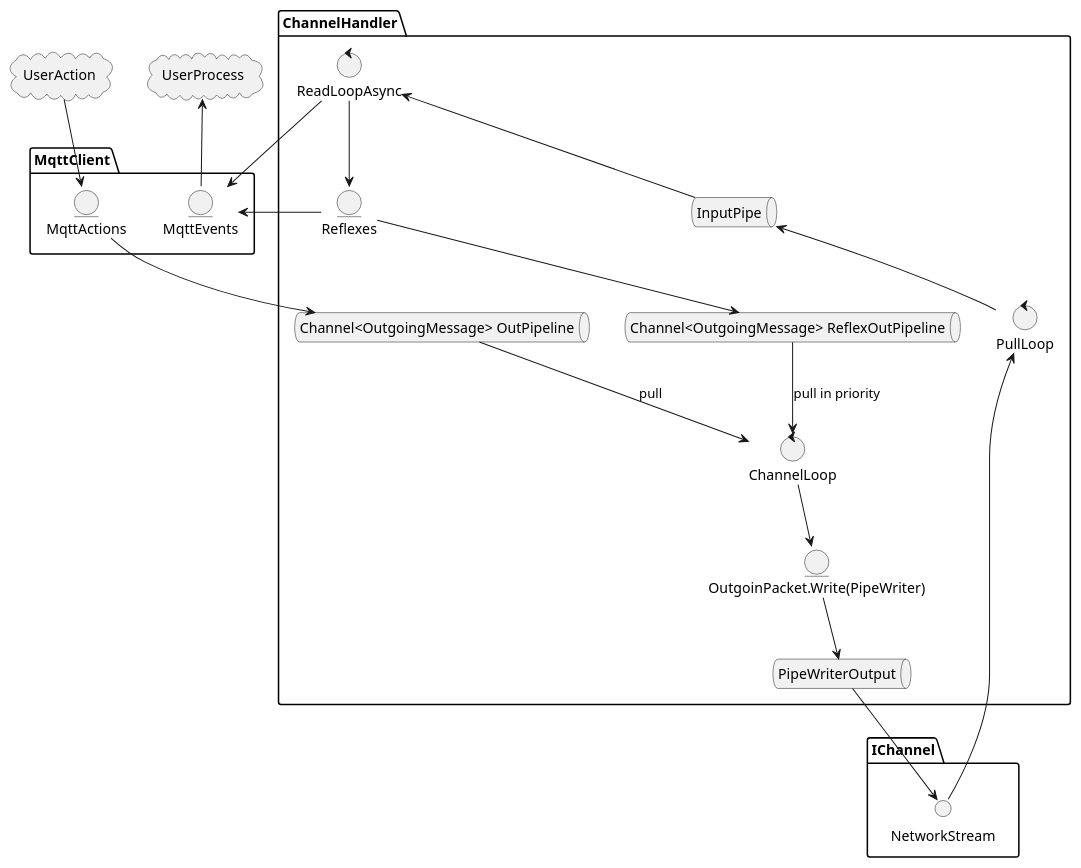
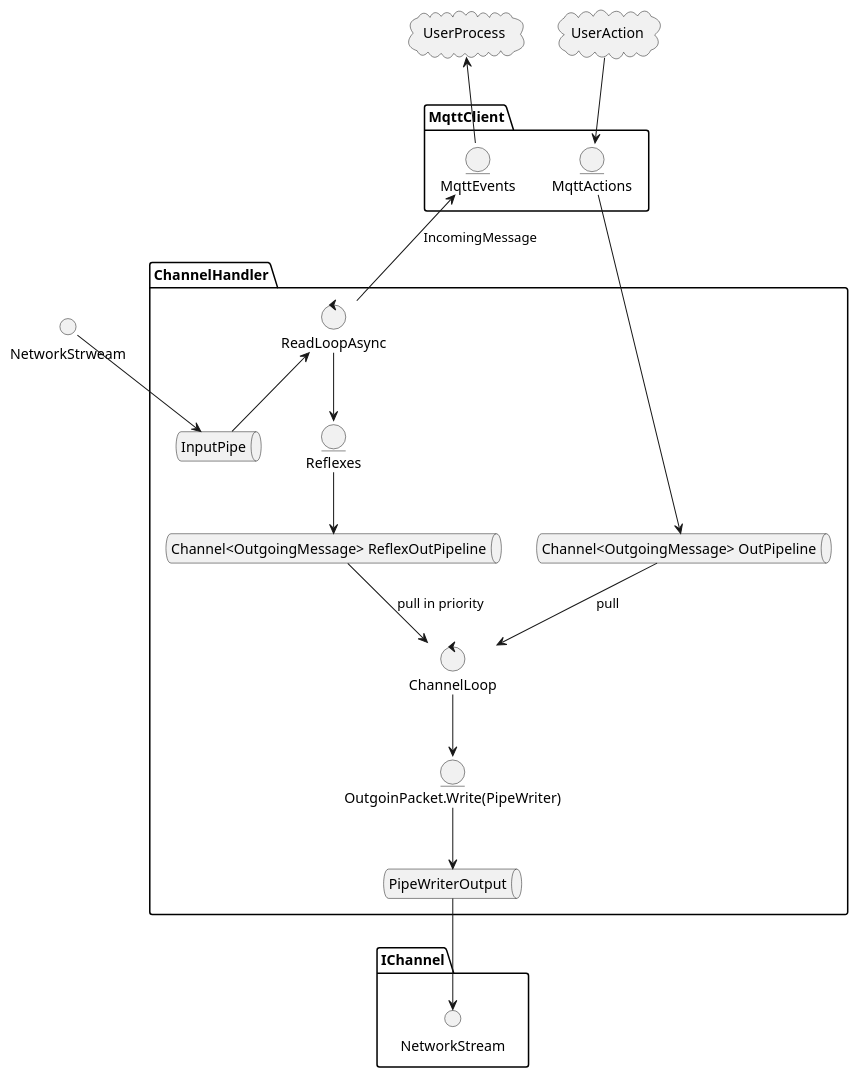
Before and after one commit to signature-opensource/CK-MQTT: the diagram in Doc/architecture.puml, drawn with PlantUML. The commit also changed 45 other files, not shown here.

```diff
--- a/Doc/architecture.puml
+++ b/Doc/architecture.puml
@@ -1,53 +1,49 @@
 @startuml
 package IChannel {
     interface NetworkStream
 }
 package ChannelHandler {
     queue PipeWriterOutput
-    control PullLoop
     queue InputPipe
     control ReadLoopAsync
     control ChannelLoop
     queue OutPipeline [
         Channel<OutgoingMessage> OutPipeline
     ]
 
     queue ReflexOutPipeline [
         Channel<OutgoingMessage> ReflexOutPipeline
     ]
 
     entity OutgoinPacket [
         OutgoinPacket.Write(PipeWriter)
     ]
 
     entity Reflexes
 
 }
 
 package MqttClient {
     entity MqttEvents
     entity MqttActions
 }
 
 MqttActions --> OutPipeline
-
+NetworkStrweam --> InputPipe
 PipeWriterOutput --> NetworkStream
 
 OutgoinPacket --> PipeWriterOutput
 OutPipeline --> ChannelLoop : pull
 ReflexOutPipeline --> ChannelLoop : pull in priority
 ChannelLoop --> OutgoinPacket
 
 
-PullLoop <-- NetworkStream
-InputPipe <-- PullLoop
 ReadLoopAsync <-- InputPipe
-Reflexes --> MqttEvents
 ReadLoopAsync --> Reflexes
-MqttEvents <-- ReadLoopAsync
+MqttEvents <-- ReadLoopAsync : IncomingMessage
 Reflexes --> ReflexOutPipeline
 cloud UserProcess
 UserProcess <-- MqttEvents
 cloud UserAction
 UserAction --> MqttActions
 @enduml
```
